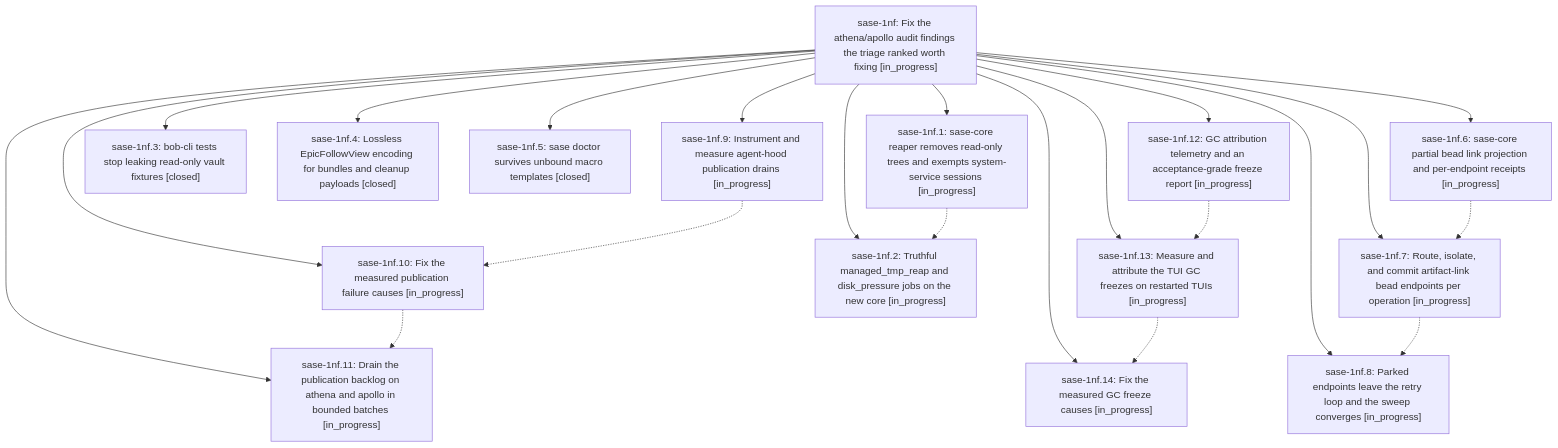
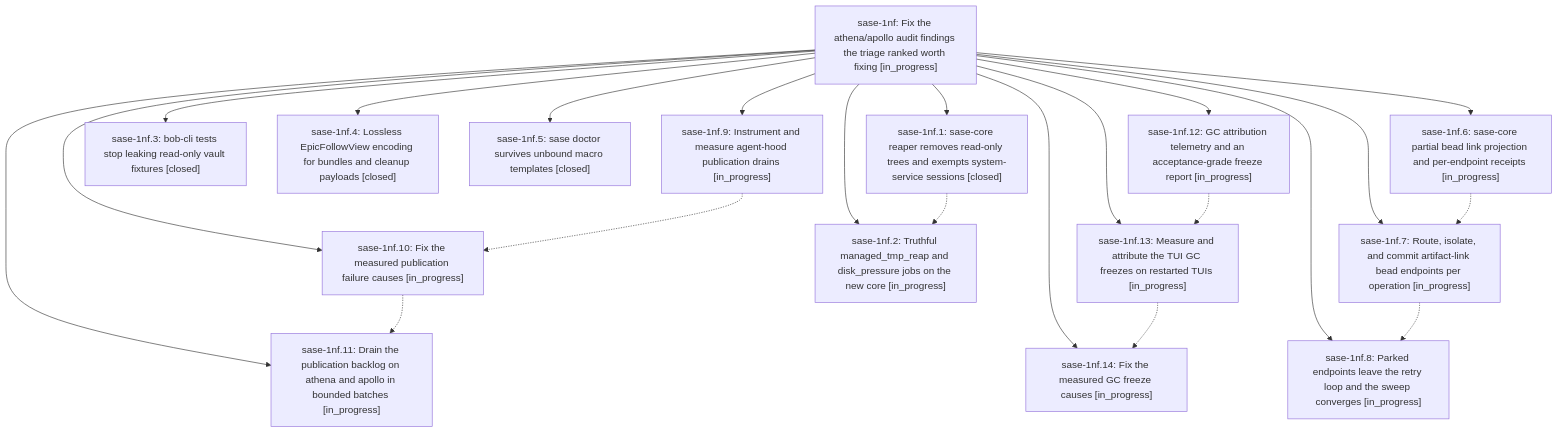
Before and after one commit to sase-org/sase--beads: the diagram in pages/sase-1nf/README.md, drawn with Mermaid. The commit also changed other lines of this file and 4 other files, not shown here.

````diff
--- a/pages/sase-1nf/README.md
+++ b/pages/sase-1nf/README.md
@@ -49,39 +49,39 @@
 ```mermaid
 flowchart TD
     n0["sase-1nf: Fix the athena/apollo audit findings the triage ranked worth fixing [in_progress]"]
-    n1["sase-1nf.1: sase-core reaper removes read-only trees and exempts system-service sessions [in_progress]"]
+    n1["sase-1nf.1: sase-core reaper removes read-only trees and exempts system-service sessions [closed]"]
     n2["sase-1nf.10: Fix the measured publication failure causes [in_progress]"]
     n3["sase-1nf.11: Drain the publication backlog on athena and apollo in bounded batches [in_progress]"]
     n4["sase-1nf.12: GC attribution telemetry and an acceptance-grade freeze report [in_progress]"]
     n5["sase-1nf.13: Measure and attribute the TUI GC freezes on restarted TUIs [in_progress]"]
     n6["sase-1nf.14: Fix the measured GC freeze causes [in_progress]"]
     n7["sase-1nf.2: Truthful managed_tmp_reap and disk_pressure jobs on the new core [in_progress]"]
     n8["sase-1nf.3: bob-cli tests stop leaking read-only vault fixtures [closed]"]
     n9["sase-1nf.4: Lossless EpicFollowView encoding for bundles and cleanup payloads [closed]"]
     n10["sase-1nf.5: sase doctor survives unbound macro templates [closed]"]
     n11["sase-1nf.6: sase-core partial bead link projection and per-endpoint receipts [in_progress]"]
     n12["sase-1nf.7: Route, isolate, and commit artifact-link bead endpoints per operation [in_progress]"]
     n13["sase-1nf.8: Parked endpoints leave the retry loop and the sweep converges [in_progress]"]
     n14["sase-1nf.9: Instrument and measure agent-hood publication drains [in_progress]"]
     n0 --> n1
     n0 --> n2
     n0 --> n3
     n0 --> n4
     n0 --> n5
     n0 --> n6
     n0 --> n7
     n0 --> n8
     n0 --> n9
     n0 --> n10
     n0 --> n11
     n0 --> n12
     n0 --> n13
     n0 --> n14
     n1 -.-> n7
     n2 -.-> n3
     n4 -.-> n5
     n5 -.-> n6
     n11 -.-> n12
     n12 -.-> n13
     n14 -.-> n2
 ```
````
